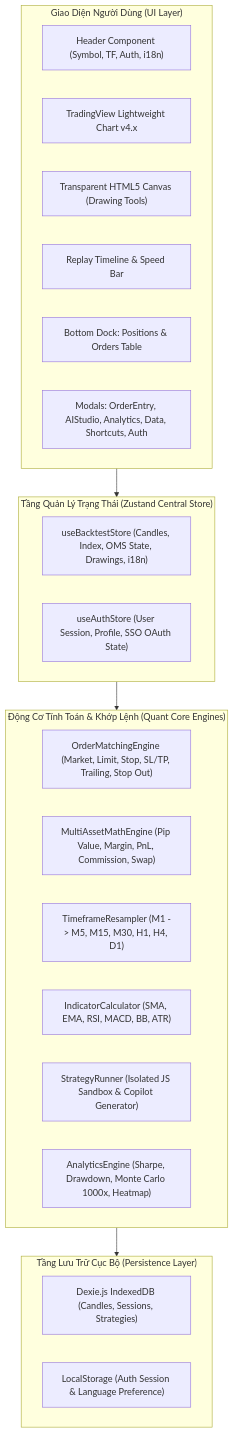
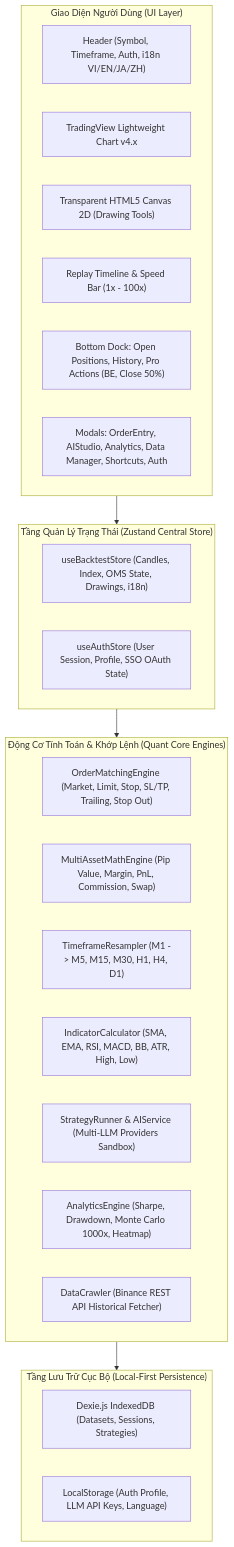
Before and after one commit to thieucong98/quant-backtest-pro: the first of 3 diagrams in docs/ARCHITECTURE.md, drawn with Mermaid. The commit also changed other lines of this file and 7 other files, not shown here.

Commit message:
feat(ai-crawler): add Multi-LLM providers (Gemini, OpenAI, Claude, DeepSeek, Ollama), live Binance REST data crawler, robust sandbox compiler, and architecture docs

````diff
--- a/docs/ARCHITECTURE.md
+++ b/docs/ARCHITECTURE.md
@@ -10,34 +27,35 @@
 ```mermaid
 graph TB
     subgraph UI_LAYER["Giao Diện Người Dùng (UI Layer)"]
-        Header["Header Component (Symbol, TF, Auth, i18n)"]
+        Header["Header (Symbol, Timeframe, Auth, i18n VI/EN/JA/ZH)"]
         Chart["TradingView Lightweight Chart v4.x"]
-        CanvasOverlay["Transparent HTML5 Canvas (Drawing Tools)"]
-        ReplayBar["Replay Timeline & Speed Bar"]
-        PositionsTable["Bottom Dock: Positions & Orders Table"]
-        Modals["Modals: OrderEntry, AIStudio, Analytics, Data, Shortcuts, Auth"]
+        CanvasOverlay["Transparent HTML5 Canvas 2D (Drawing Tools)"]
+        ReplayBar["Replay Timeline & Speed Bar (1x - 100x)"]
+        PositionsTable["Bottom Dock: Open Positions, History, Pro Actions (BE, Close 50%)"]
+        Modals["Modals: OrderEntry, AIStudio, Analytics, Data Manager, Shortcuts, Auth"]
     end
 
     subgraph STATE_LAYER["Tầng Quản Lý Trạng Thái (Zustand Central Store)"]
         BacktestStore["useBacktestStore (Candles, Index, OMS State, Drawings, i18n)"]
         AuthStore["useAuthStore (User Session, Profile, SSO OAuth State)"]
     end
 
     subgraph ENGINE_LAYER["Động Cơ Tính Toán & Khớp Lệnh (Quant Core Engines)"]
         MatchingEngine["OrderMatchingEngine (Market, Limit, Stop, SL/TP, Trailing, Stop Out)"]
         QuantMath["MultiAssetMathEngine (Pip Value, Margin, PnL, Commission, Swap)"]
         Resampler["TimeframeResampler (M1 -> M5, M15, M30, H1, H4, D1)"]
-        IndicatorEngine["IndicatorCalculator (SMA, EMA, RSI, MACD, BB, ATR)"]
-        AISandbox["StrategyRunner (Isolated JS Sandbox & Copilot Generator)"]
+        IndicatorEngine["IndicatorCalculator (SMA, EMA, RSI, MACD, BB, ATR, High, Low)"]
+        AISandbox["StrategyRunner & AIService (Multi-LLM Providers Sandbox)"]
         AnalyticsEngine["AnalyticsEngine (Sharpe, Drawdown, Monte Carlo 1000x, Heatmap)"]
+        CrawlerEngine["DataCrawler (Binance REST API Historical Fetcher)"]
     end
 
-    subgraph PERSISTENCE_LAYER["Tầng Lưu Trữ Cục Bộ (Persistence Layer)"]
-        DexieDB["Dexie.js IndexedDB (Candles, Sessions, Strategies)"]
-        LocalStorage["LocalStorage (Auth Session & Language Preference)"]
+    subgraph PERSISTENCE_LAYER["Tầng Lưu Trữ Cục Bộ (Local-First Persistence)"]
+        DexieDB["Dexie.js IndexedDB (Datasets, Sessions, Strategies)"]
+        LocalStorage["LocalStorage (Auth Profile, LLM API Keys, Language)"]
     end
 
     UI_LAYER --> STATE_LAYER
     STATE_LAYER --> ENGINE_LAYER
     ENGINE_LAYER --> PERSISTENCE_LAYER
 ```
````
